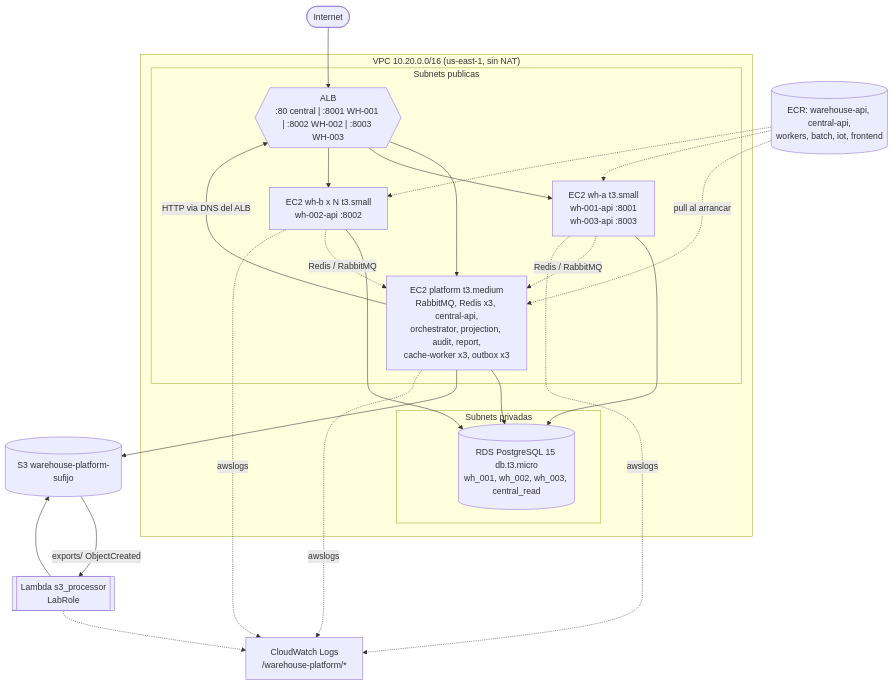
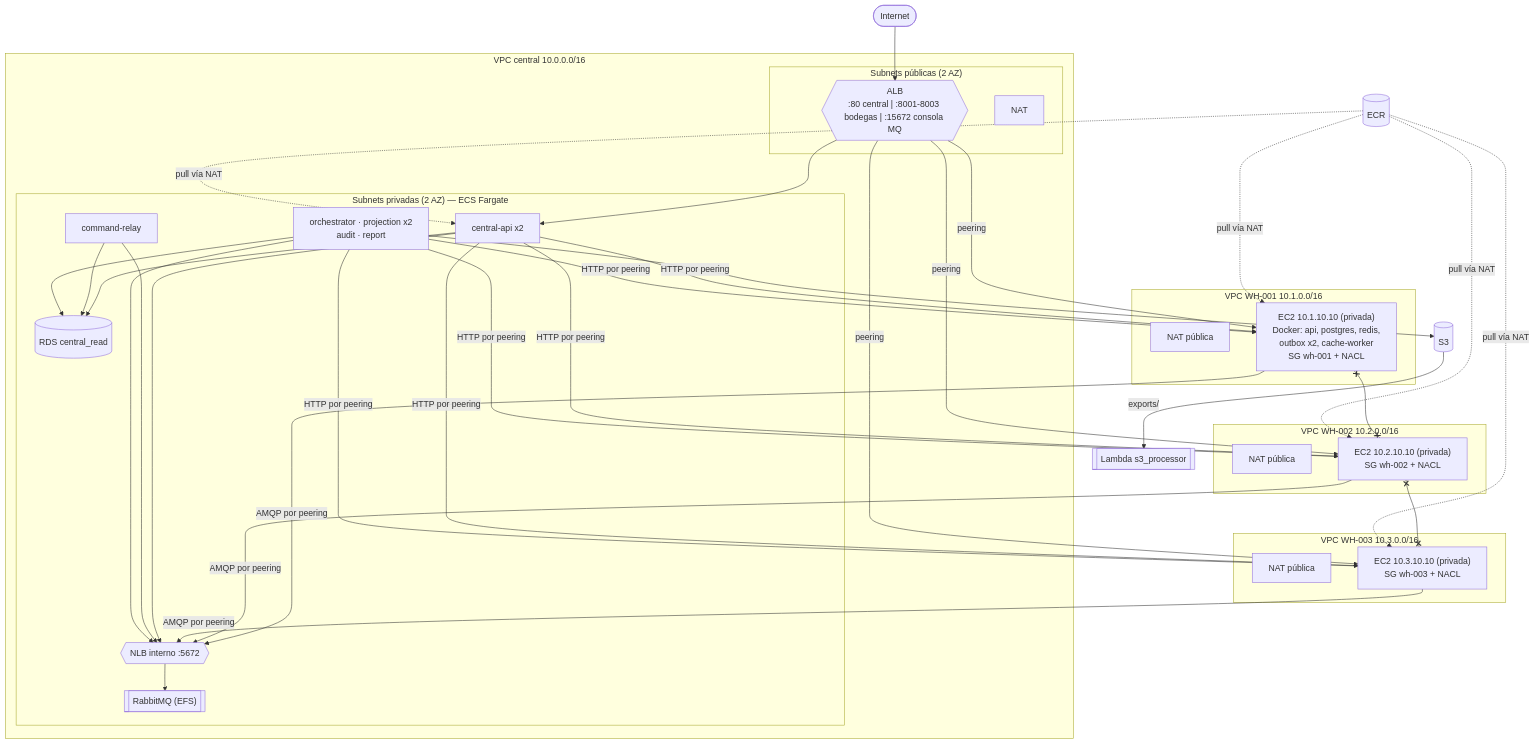
The fifth of 5 diagrams in docs/architecture.md (Jgalvis01/iot-terraform), drawn with Mermaid before and after one commit. The commit also changed other lines of this file and 13 other files, not shown here.

````diff
--- a/docs/architecture.md
+++ b/docs/architecture.md
@@ -271,35 +273,45 @@
 ```mermaid
 flowchart TB
     user([Internet]) --> alb
 
-    subgraph VPC["VPC 10.20.0.0/16 (us-east-1, sin NAT)"]
-        subgraph PUB["Subnets publicas"]
-            alb{{"ALB<br/>:80 central | :8001 WH-001 | :8002 WH-002 | :8003 WH-003"}}
-            plat["EC2 platform t3.medium<br/>RabbitMQ, Redis x3, central-api,<br/>orchestrator, projection, audit, report,<br/>cache-worker x3, outbox x3"]
-            wha["EC2 wh-a t3.small<br/>wh-001-api :8001<br/>wh-003-api :8003"]
-            whb["EC2 wh-b x N t3.small<br/>wh-002-api :8002"]
+    subgraph VC["VPC central 10.0.0.0/16"]
+        subgraph CPUB["Subnets públicas (2 AZ)"]
+            alb{{"ALB<br/>:80 central | :8001-8003 bodegas | :15672 consola MQ"}}
+            natc[NAT]
         end
-        subgraph PRIV["Subnets privadas"]
-            rds[("RDS PostgreSQL 15 db.t3.micro<br/>wh_001, wh_002, wh_003, central_read")]
+        subgraph CPRIV["Subnets privadas (2 AZ) — ECS Fargate"]
+            api["central-api x2"]
+            relay["command-relay"]
+            wk["orchestrator · projection x2<br/>audit · report"]
+            nlb{{"NLB interno :5672"}}
+            mq[["RabbitMQ (EFS)"]]
+            rds[("RDS central_read")]
         end
     end
 
-    alb --> plat
-    alb --> wha
-    alb --> whb
-    plat --> rds
-    wha --> rds
-    whb --> rds
-    wha -. Redis / RabbitMQ .-> plat
-    whb -. Redis / RabbitMQ .-> plat
-    plat -- "HTTP via DNS del ALB" --> alb
+    subgraph V1["VPC WH-001 10.1.0.0/16"]
+        n1[NAT pública]
+        e1["EC2 10.1.10.10 (privada)<br/>Docker: api, postgres, redis,<br/>outbox x2, cache-worker<br/>SG wh-001 + NACL"]
+    end
+    subgraph V2["VPC WH-002 10.2.0.0/16"]
+        n2[NAT pública]
+        e2["EC2 10.2.10.10 (privada)<br/>SG wh-002 + NACL"]
+    end
+    subgraph V3["VPC WH-003 10.3.0.0/16"]
+        n3[NAT pública]
+        e3["EC2 10.3.10.10 (privada)<br/>SG wh-003 + NACL"]
+    end
 
-    ecr[(ECR: warehouse-api, central-api,<br/>workers, batch, iot, frontend)] -. pull al arrancar .-> plat
-    ecr -.-> wha
-    ecr -.-> whb
-    s3[(S3 warehouse-platform-sufijo)] -- "exports/ ObjectCreated" --> lam[[Lambda s3_processor<br/>LabRole]]
-    lam --> s3
-    plat --> s3
-    plat & wha & whb -. awslogs .-> cwl[CloudWatch Logs<br/>/warehouse-platform/*]
-    lam -.-> cwl
+    alb --> api
+    alb -- peering --> e1 & e2 & e3
+    api & wk -- "HTTP por peering" --> e1 & e2 & e3
+    e1 & e2 & e3 -- "AMQP por peering" --> nlb --> mq
+    api & relay & wk --> nlb
+    api & relay & wk --> rds
+    e1 x--x e2
+    e2 x--x e3
+
+    ecr[(ECR)] -. pull vía NAT .-> e1 & e2 & e3 & api
+    s3[(S3)] -- "exports/" --> lam[[Lambda s3_processor]]
+    wk --> s3
 ```
````
